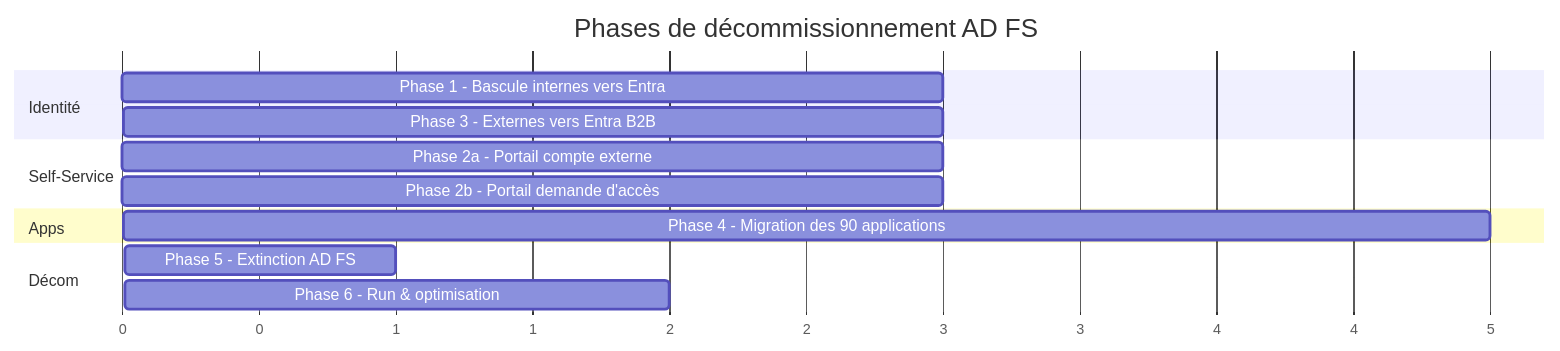
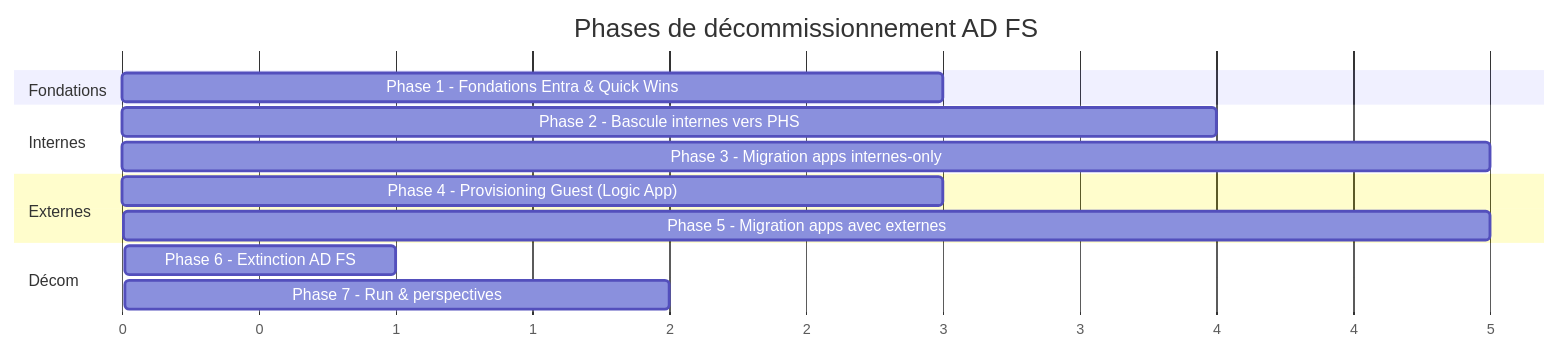
One commit to 0xMati/Tech-Blog changed the diagram in _Work in progress/ADFS-Decommission-Roadmap.md. Above: the diagram before and after it, drawn with Mermaid. The commit also changed other lines of this file, not shown here.

````diff
--- a/_Work in progress/ADFS-Decommission-Roadmap.md
+++ b/_Work in progress/ADFS-Decommission-Roadmap.md
@@ -57,17 +72,17 @@
 ```mermaid
 gantt
     title Phases de décommissionnement AD FS
     dateFormat X
     axisFormat %s
-    section Identité
-    Phase 1 - Bascule internes vers Entra            :a1, 0, 3
-    Phase 3 - Externes vers Entra B2B                :a2, 3, 3
-    section Self-Service
-    Phase 2a - Portail compte externe                :b1, 0, 3
-    Phase 2b - Portail demande d'accès               :b2, 0, 3
-    section Apps
-    Phase 4 - Migration des 90 applications          :c1, 3, 5
+    section Fondations
+    Phase 1 - Fondations Entra & Quick Wins   :a1, 0, 3
+    section Internes
+    Phase 2 - Bascule internes vers PHS       :a2, 0, 4
+    Phase 3 - Migration apps internes-only    :a3, 2, 5
+    section Externes
+    Phase 4 - Provisioning Guest (Logic App)  :b1, 2, 3
+    Phase 5 - Migration apps avec externes    :b2, 5, 5
     section Décom
-    Phase 5 - Extinction AD FS                       :d1, 8, 1
-    Phase 6 - Run & optimisation                     :d2, 9, 2
+    Phase 6 - Extinction AD FS                :c1, 10, 1
+    Phase 7 - Run & perspectives              :c2, 11, 2
 ```
````
